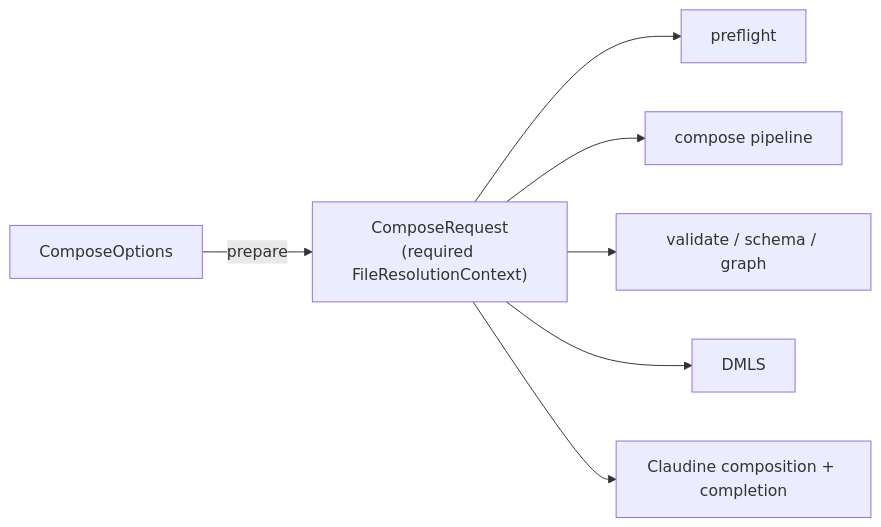
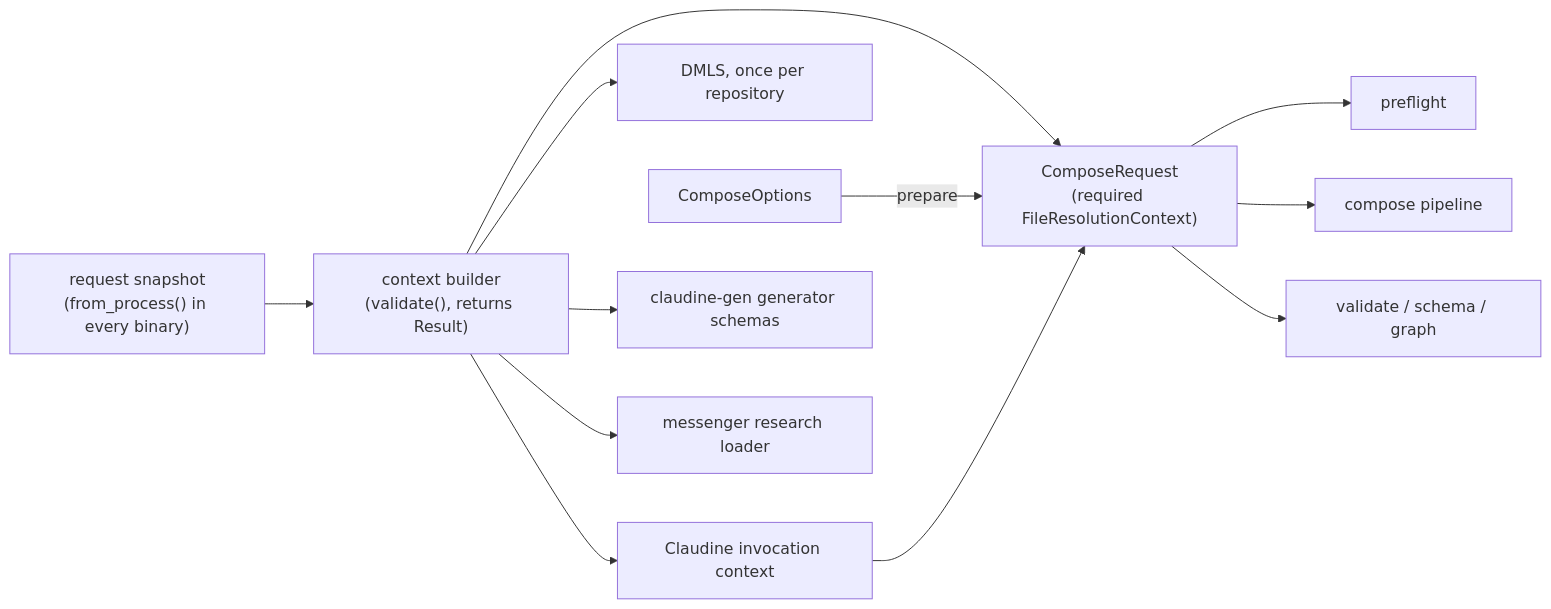
The first of 2 diagrams in darkmatter/fixes/2026-09-30-file-refs-use-magic/spec.md (yankeeinlondon/rusty-biscuit), drawn with Mermaid before and after one commit. The commit also changed other lines of this file and 2 other files, not shown here.

````diff
--- a/darkmatter/fixes/2026-09-30-file-refs-use-magic/spec.md
+++ b/darkmatter/fixes/2026-09-30-file-refs-use-magic/spec.md
@@ -154,9 +185,14 @@
 ```mermaid
 flowchart LR
+    S["request snapshot\n(from_process() in every binary)"] --> B
+    B["context builder\n(validate(), returns Result)"] --> R
     O[ComposeOptions] -->|prepare| R["ComposeRequest\n(required FileResolutionContext)"]
     R --> P[preflight]
     R --> C[compose pipeline]
     R --> V[validate / schema / graph]
-    R --> D[DMLS]
-    R --> Q[Claudine composition + completion]
+    B --> D[DMLS, once per repository]
+    B --> Q[Claudine invocation context]
+    B --> G[claudine-gen generator schemas]
+    B --> M[messenger research loader]
+    Q --> R
 ```
````
